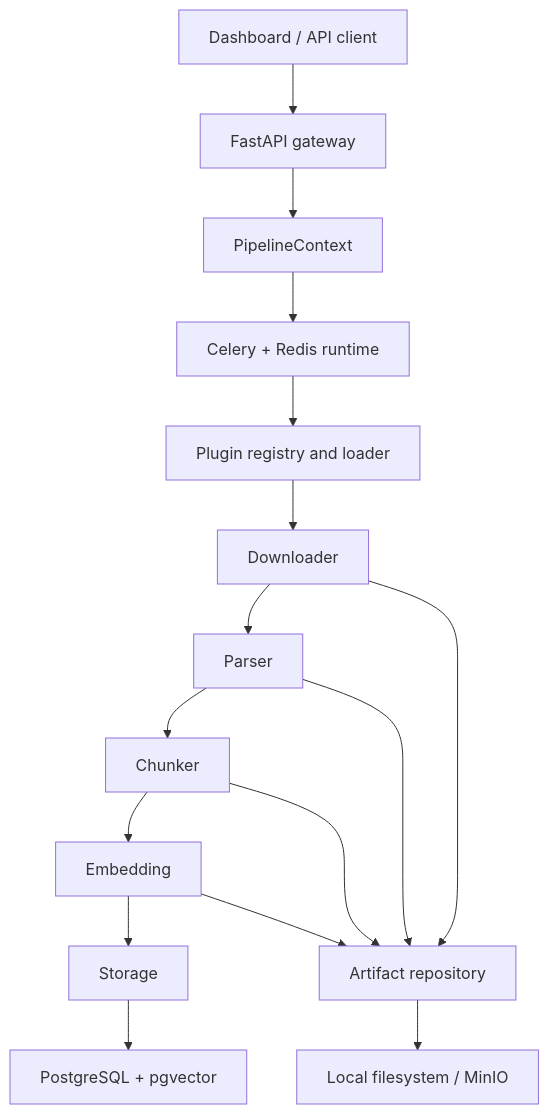
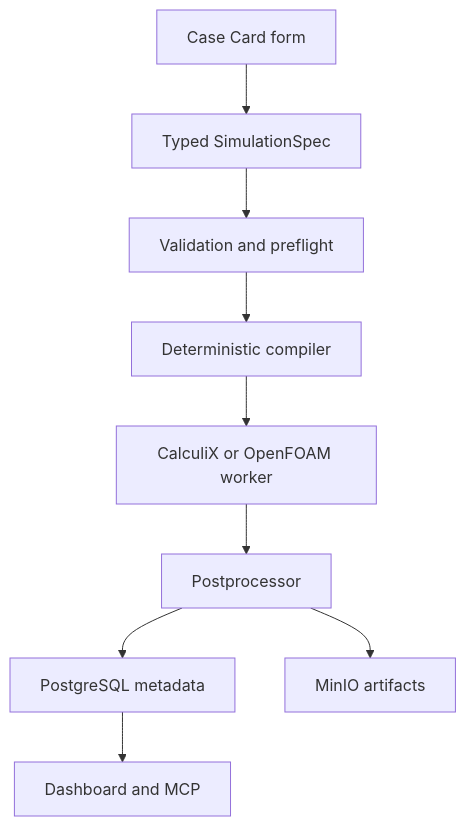
The fourth of 4 diagrams in README.md (habibieebhy/BrReseaRepo), drawn with Mermaid before and after one commit. The commit also changed other lines of this file, not shown here.

````diff
--- a/README.md
+++ b/README.md
@@ -84,18 +1397,11 @@
 ```mermaid
 flowchart TD
-    A["Dashboard / API client"] --> B["FastAPI gateway"]
-    B --> C["PipelineContext"]
-    C --> D["Celery + Redis runtime"]
-    D --> E["Plugin registry and loader"]
-    E --> F["Downloader"]
-    F --> G["Parser"]
-    G --> H["Chunker"]
-    H --> I["Embedding"]
-    I --> J["Storage"]
-    F --> K["Artifact repository"]
-    G --> K
-    H --> K
-    I --> K
-    K --> L["Local filesystem / MinIO"]
-    J --> M["PostgreSQL + pgvector"]
+    A[Case Card form] --> B[Typed SimulationSpec]
+    B --> C[Validation and preflight]
+    C --> D[Deterministic compiler]
+    D --> E[CalculiX or OpenFOAM worker]
+    E --> F[Postprocessor]
+    F --> G[PostgreSQL metadata]
+    F --> H[MinIO artifacts]
+    G --> I[Dashboard and MCP]
 ```
````
